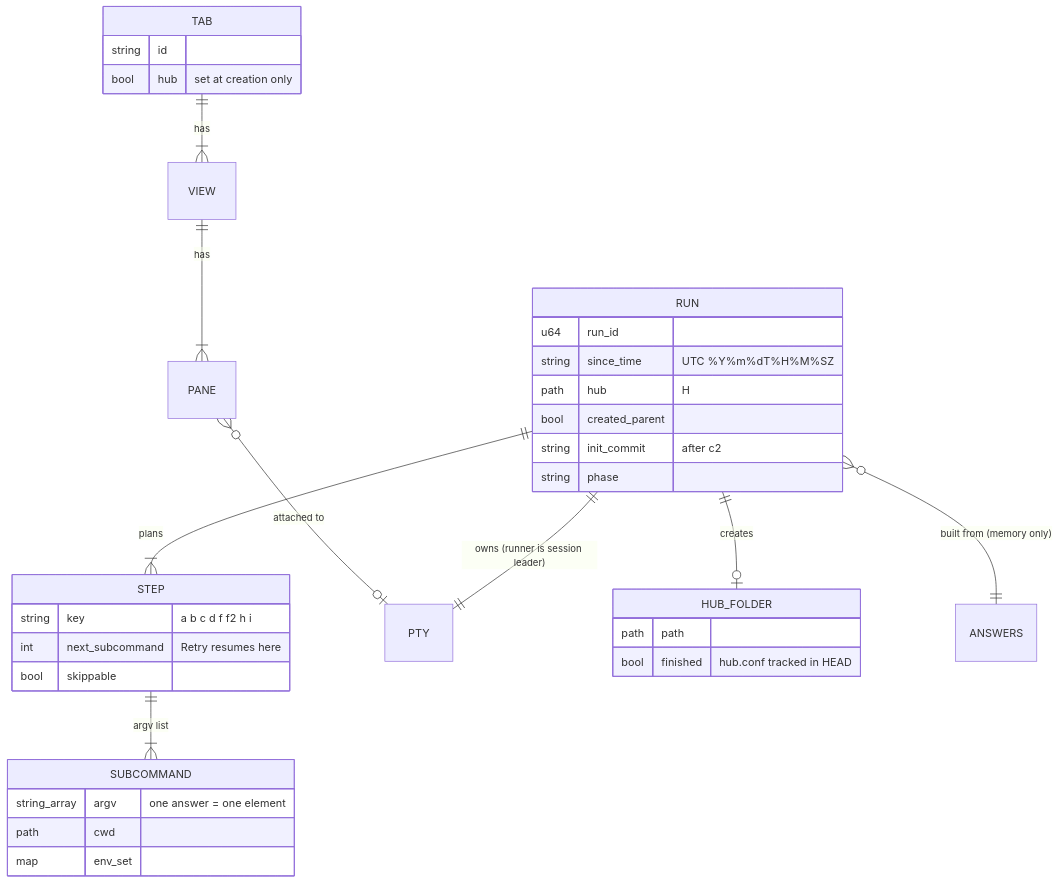
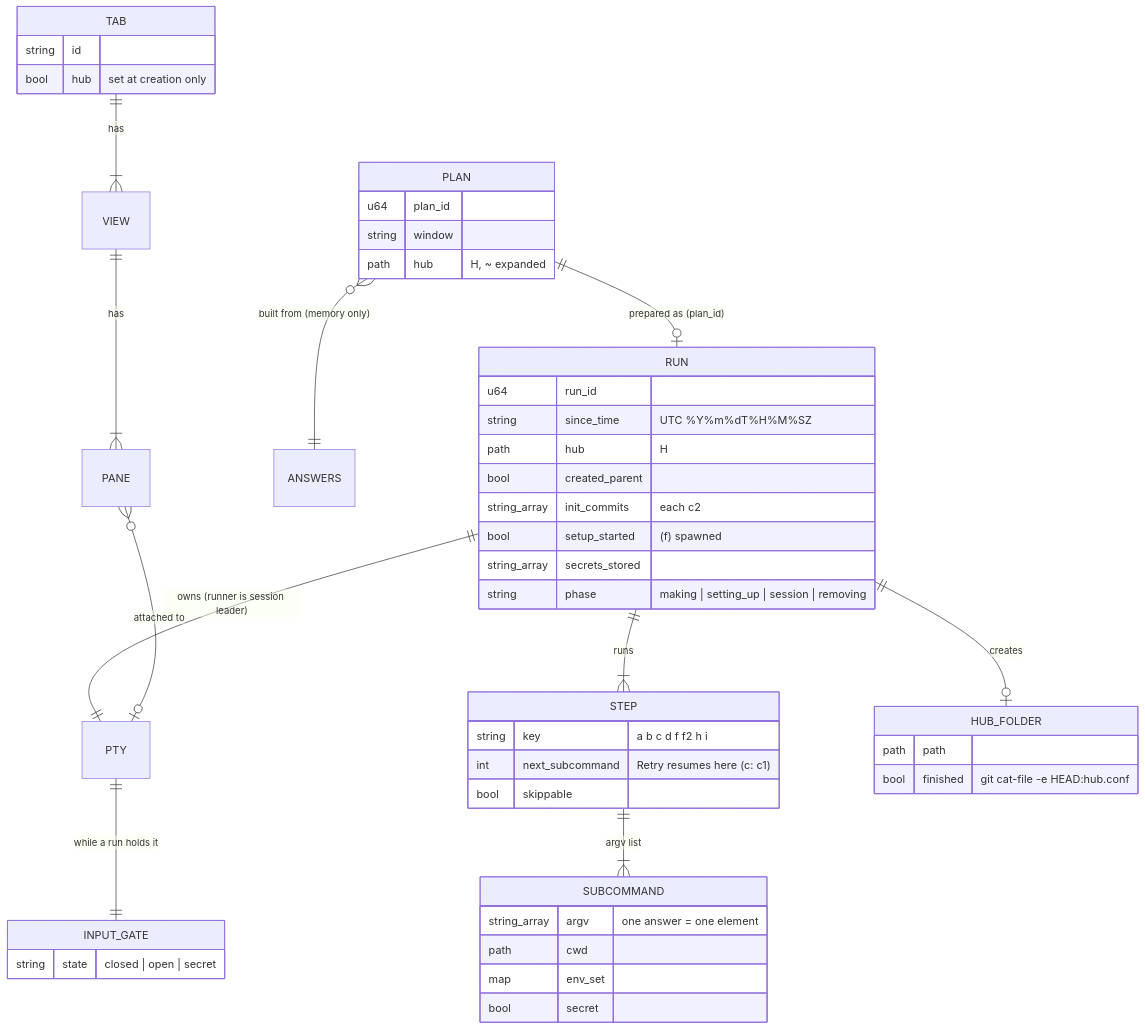
Before and after one commit to alvin-reyes/better-agentic-ide: the fourth of 4 diagrams in docs/superpowers/specs/2026-11-09-onboarding-design.md, drawn with Mermaid. The commit also changed other lines of this file and 8 other files, not shown here.

````diff
--- a/docs/superpowers/specs/2026-11-09-onboarding-design.md
+++ b/docs/superpowers/specs/2026-11-09-onboarding-design.md
@@ -724,37 +1192,50 @@
 ```mermaid
 erDiagram
-  RUN ||--|{ STEP : "plans"
+  PLAN ||--o| RUN : "prepared as (plan_id)"
+  RUN ||--|{ STEP : "runs"
   RUN ||--|| PTY : "owns (runner is session leader)"
   RUN ||--o| HUB_FOLDER : "creates"
-  RUN }o--|| ANSWERS : "built from (memory only)"
+  PLAN }o--|| ANSWERS : "built from (memory only)"
   STEP ||--|{ SUBCOMMAND : "argv list"
   TAB ||--|{ VIEW : "has"
   VIEW ||--|{ PANE : "has"
   PANE }o--o| PTY : "attached to"
+  PTY ||--|| INPUT_GATE : "while a run holds it"
   TAB {
     string id
     bool hub "set at creation only"
+  }
+  PLAN {
+    u64 plan_id
+    string window
+    path hub "H, ~ expanded"
   }
   RUN {
     u64 run_id
     string since_time "UTC %Y%m%dT%H%M%SZ"
     path hub "H"
     bool created_parent
-    string init_commit "after c2"
-    string phase
+    string_array init_commits "each c2"
+    bool setup_started "(f) spawned"
+    string_array secrets_stored
+    string phase "making | setting_up | session | removing"
   }
   STEP {
     string key "a b c d f f2 h i"
-    int next_subcommand "Retry resumes here"
+    int next_subcommand "Retry resumes here (c: c1)"
     bool skippable
   }
   SUBCOMMAND {
     string_array argv "one answer = one element"
     path cwd
     map env_set
+    bool secret
+  }
+  INPUT_GATE {
+    string state "closed | open | secret"
   }
   HUB_FOLDER {
     path path
-    bool finished "hub.conf tracked in HEAD"
+    bool finished "git cat-file -e HEAD:hub.conf"
   }
 ```
````
